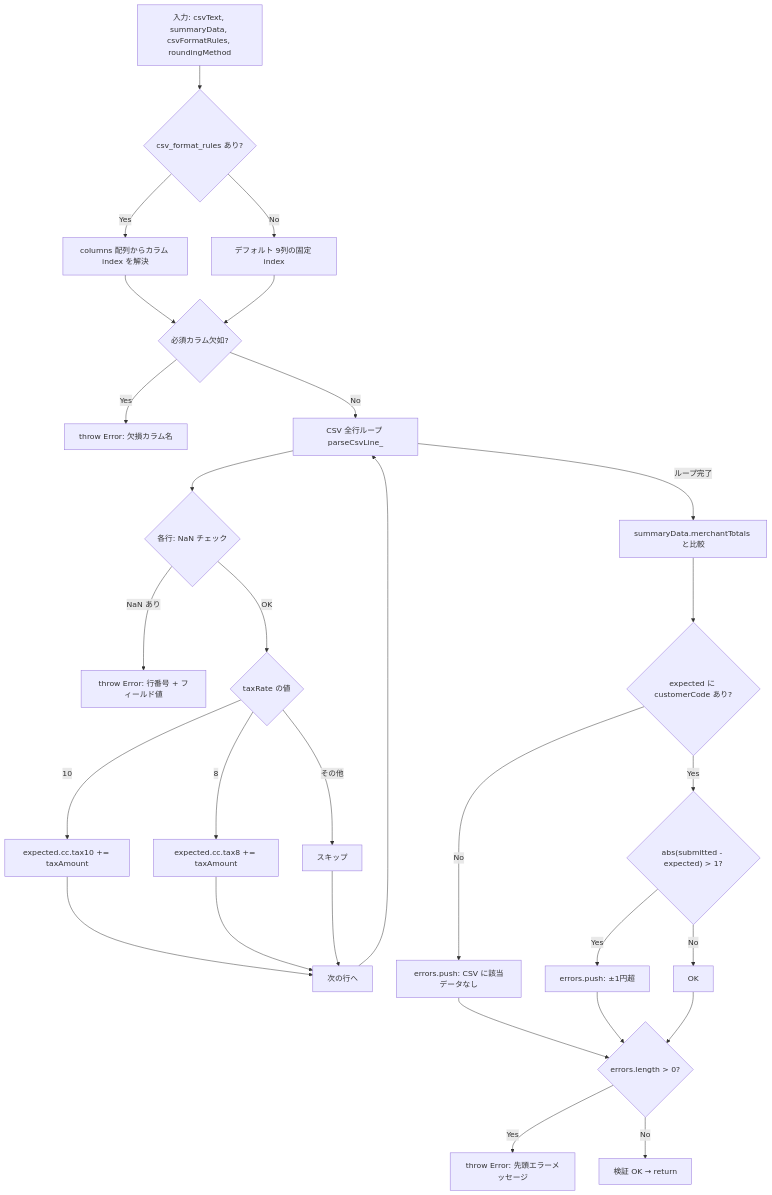
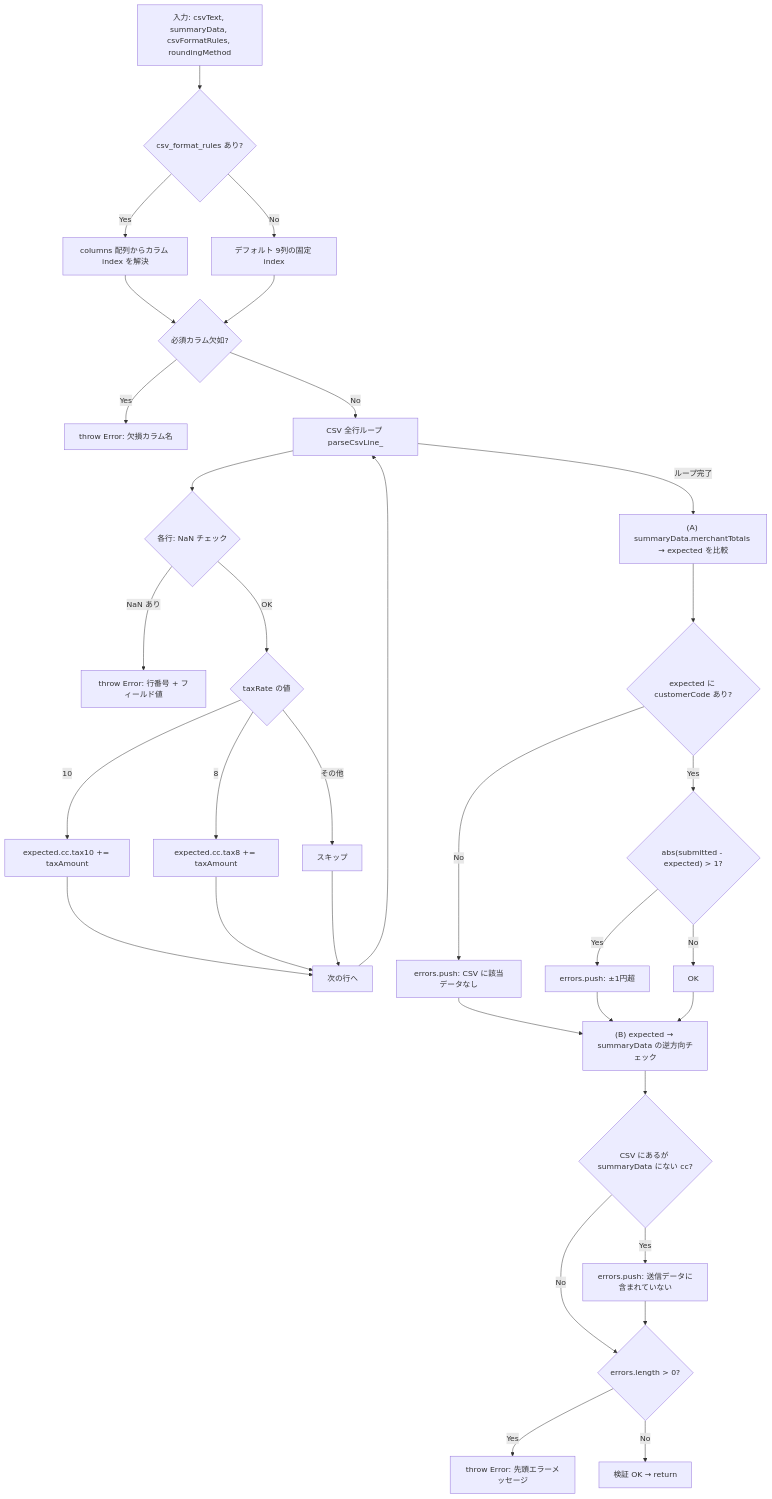
The third of 6 diagrams in docs/pr_work_logs/PR_作業まとめ_MYP-3710.md (USEN-PAY-Products/connect-wholesale-gas-poc), drawn with Mermaid before and after one commit. The commit also changed other lines of this file and 2 other files, not shown here.

````diff
--- a/docs/pr_work_logs/PR_作業まとめ_MYP-3710.md
+++ b/docs/pr_work_logs/PR_作業まとめ_MYP-3710.md
@@ -136,31 +143,35 @@
 ```mermaid
 flowchart TD
     A[入力: csvText, summaryData, csvFormatRules, roundingMethod] --> B{csv_format_rules あり?}
     B -->|Yes| C[columns 配列からカラム index を解決]
     B -->|No| D[デフォルト 9列の固定 index]
     C --> E{必須カラム欠如?}
     D --> E
     E -->|Yes| F[throw Error: 欠損カラム名]
     E -->|No| G[CSV 全行ループ parseCsvLine_]
     G --> H{各行: NaN チェック}
     H -->|NaN あり| I[throw Error: 行番号 + フィールド値]
     H -->|OK| J{taxRate の値}
     J -->|10| K[expected.cc.tax10 += taxAmount]
     J -->|8| L[expected.cc.tax8 += taxAmount]
     J -->|その他| M[スキップ]
     K --> N[次の行へ]
     L --> N
     M --> N
     N --> G
-    G -->|ループ完了| O[summaryData.merchantTotals と比較]
+    G -->|ループ完了| O["(A) summaryData.merchantTotals → expected を比較"]
     O --> P{expected に customerCode あり?}
     P -->|No| Q[errors.push: CSV に該当データなし]
     P -->|Yes| R{"abs(submitted - expected) > 1?"}
     R -->|Yes| S[errors.push: ±1円超]
     R -->|No| T[OK]
-    Q --> U{errors.length > 0?}
-    S --> U
-    T --> U
+    Q --> X["(B) expected → summaryData の逆方向チェック"]
+    S --> X
+    T --> X
+    X --> Y{CSV にあるが summaryData にない cc?}
+    Y -->|Yes| Z[errors.push: 送信データに含まれていない]
+    Y -->|No| U{errors.length > 0?}
+    Z --> U
     U -->|Yes| V[throw Error: 先頭エラーメッセージ]
     U -->|No| W[検証 OK → return]
 ```
````
